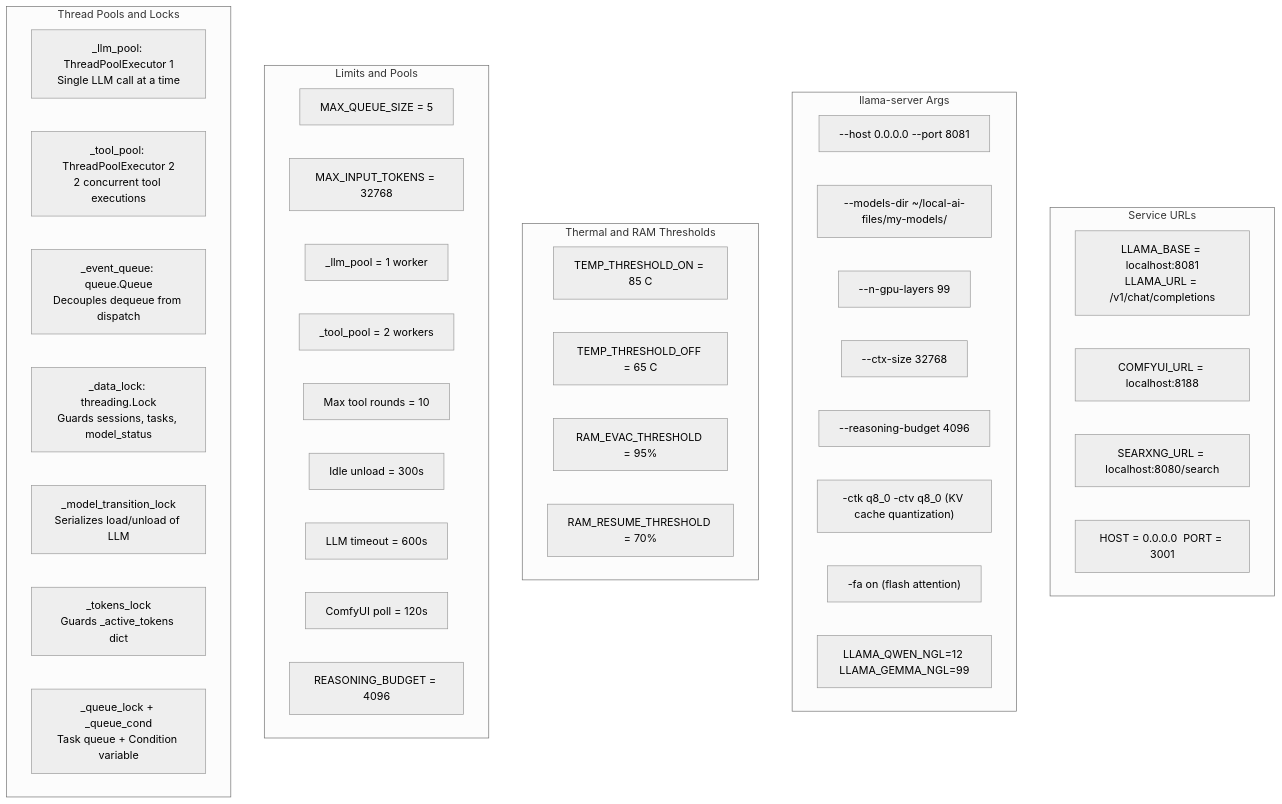
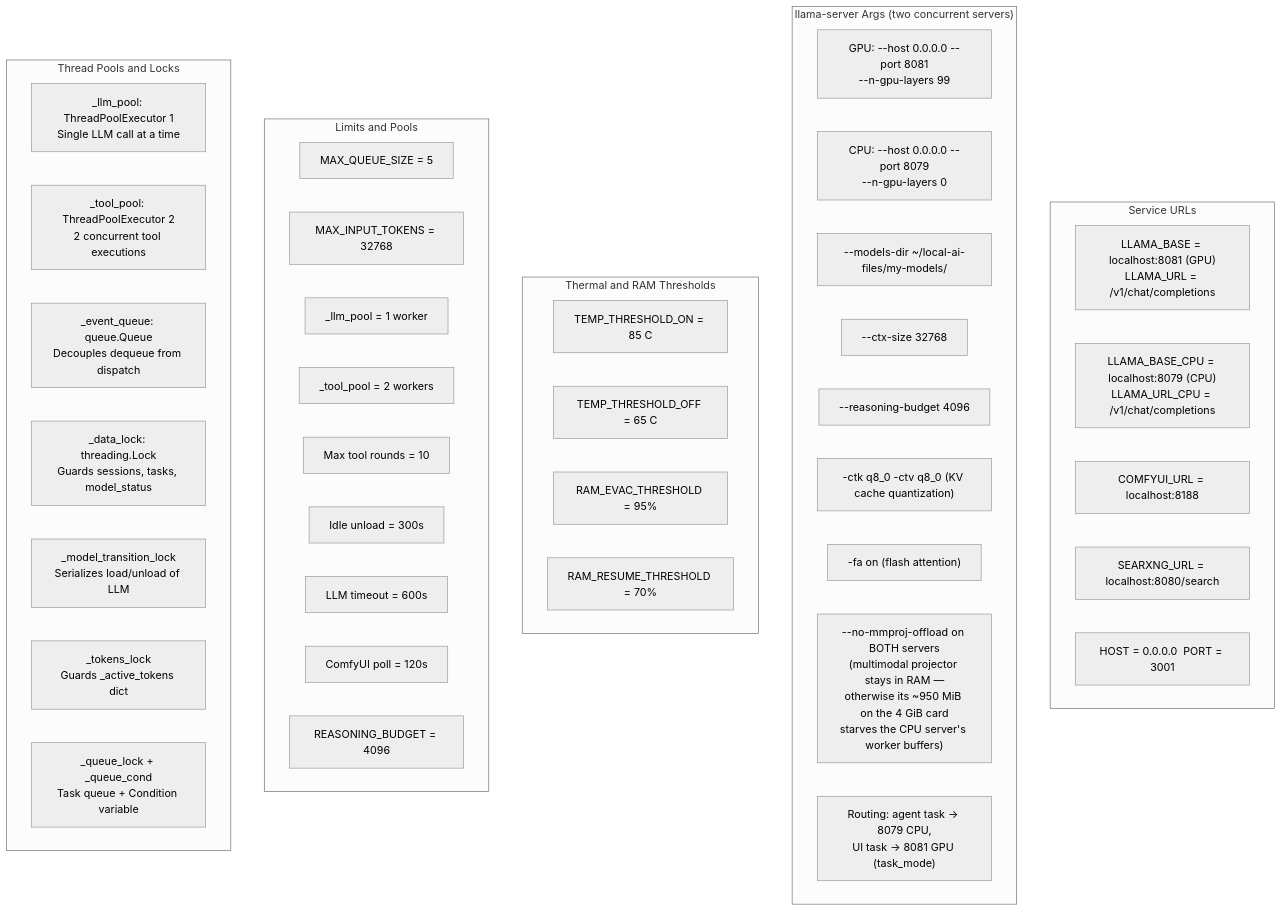
One commit to Palash90/local-ai changed the third of 12 diagrams in README.md. Above: the diagram before and after it, drawn with Mermaid (neutral theme). The commit also changed other lines of this file and 15 other files, not shown here.

````diff
--- a/README.md
+++ b/README.md
@@ -189,49 +203,51 @@
 ```mermaid
 graph TD
     subgraph RCNetwork ["Service URLs"]
-        RC1["LLAMA_BASE = localhost:8081\nLLAMA_URL = /v1/chat/completions"]
-        RC2["COMFYUI_URL = localhost:8188"]
-        RC3["SEARXNG_URL = localhost:8080/search"]
-        RC4["HOST = 0.0.0.0  PORT = 3001"]
+        RC1["LLAMA_BASE = localhost:8081 (GPU)\nLLAMA_URL = /v1/chat/completions"]
+        RC2["LLAMA_BASE_CPU = localhost:8079 (CPU)\nLLAMA_URL_CPU = /v1/chat/completions"]
+        RC3["COMFYUI_URL = localhost:8188"]
+        RC4["SEARXNG_URL = localhost:8080/search"]
+        RC5["HOST = 0.0.0.0  PORT = 3001"]
     end
 
-    subgraph RCLlama ["llama-server Args"]
-        RCL1["--host 0.0.0.0 --port 8081"]
-        RCL2["--models-dir ~/local-ai-files/my-models/"]
-        RCL3["--n-gpu-layers 99"]
+    subgraph RCLlama ["llama-server Args (two concurrent servers)"]
+        RCL1["GPU: --host 0.0.0.0 --port 8081\n--n-gpu-layers 99"]
+        RCL2["CPU: --host 0.0.0.0 --port 8079\n--n-gpu-layers 0"]
+        RCL3["--models-dir ~/local-ai-files/my-models/"]
         RCL4["--ctx-size 32768"]
         RCL5["--reasoning-budget 4096"]
         RCL6["-ctk q8_0 -ctv q8_0 (KV cache quantization)"]
         RCL7["-fa on (flash attention)"]
-        RCL8["LLAMA_QWEN_NGL=12 LLAMA_GEMMA_NGL=99"]
+        RCL8["--no-mmproj-offload on BOTH servers\n(multimodal projector stays in RAM —\notherwise its ~950 MiB on the 4 GiB card\nstarves the CPU server's worker buffers)"]
+        RCL9["Routing: agent task → 8079 CPU,\nUI task → 8081 GPU (task_mode)"]
     end
 
     subgraph RCThermal ["Thermal and RAM Thresholds"]
         RT1["TEMP_THRESHOLD_ON = 85 C"]
         RT2["TEMP_THRESHOLD_OFF = 65 C"]
         RT3["RAM_EVAC_THRESHOLD = 95%"]
         RT4["RAM_RESUME_THRESHOLD = 70%"]
     end
 
     subgraph RCLimits ["Limits and Pools"]
         RL1["MAX_QUEUE_SIZE = 5"]
         RL2["MAX_INPUT_TOKENS = 32768"]
         RL3["_llm_pool = 1 worker"]
         RL4["_tool_pool = 2 workers"]
         RL5["Max tool rounds = 10"]
         RL6["Idle unload = 300s"]
         RL7["LLM timeout = 600s"]
         RL8["ComfyUI poll = 120s"]
         RL9["REASONING_BUDGET = 4096"]
     end
 
     subgraph RCThreads ["Thread Pools and Locks"]
         LK1["_llm_pool: ThreadPoolExecutor 1\nSingle LLM call at a time"]
         LK2["_tool_pool: ThreadPoolExecutor 2\n2 concurrent tool executions"]
         LK3["_event_queue: queue.Queue\nDecouples dequeue from dispatch"]
         LK4["_data_lock: threading.Lock\nGuards sessions, tasks, model_status"]
         LK5["_model_transition_lock\nSerializes load/unload of LLM"]
         LK6["_tokens_lock\nGuards _active_tokens dict"]
         LK7["_queue_lock + _queue_cond\nTask queue + Condition variable"]
     end
 ```
````
